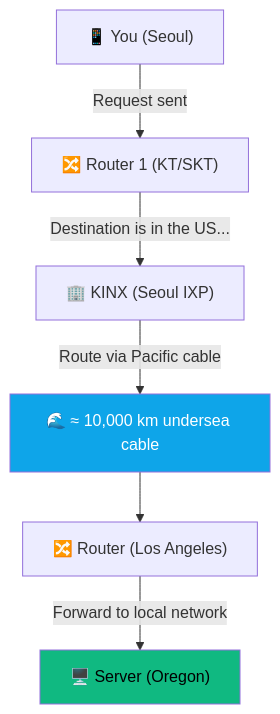
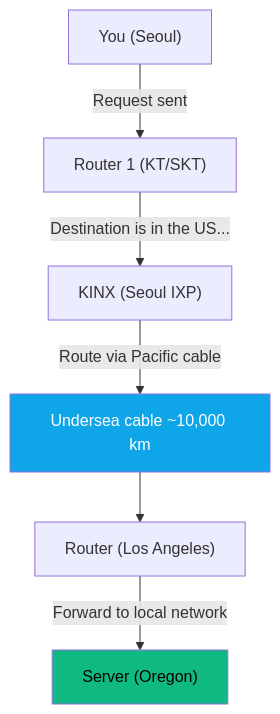
Before and after one commit to CodeSeoul/how-the-internet-works-presentation: the eighth of 10 diagrams in slides.md, drawn with Mermaid. The commit also changed other lines of this file, not shown here.

````diff
--- a/slides.md
+++ b/slides.md
@@ -472,18 +753,18 @@
 ```mermaid {theme: 'dark', scale: 0.75}
 flowchart TD
-    You["📱 You (Seoul)"]
-    R1["🔀 Router 1 (KT/SKT)"]
-    KINX["🏢 KINX (Seoul IXP)"]
-    Cable["🌊 ≈ 10,000 km undersea cable"]
-    LA["🔀 Router (Los Angeles)"]
-    Server["🖥️ Server (Oregon)"]
+    You["You (Seoul)"]
+    R1["Router 1 (KT/SKT)"]
+    KINX["KINX (Seoul IXP)"]
+    Cable["Undersea cable ~10,000 km"]
+    LA["Router (Los Angeles)"]
+    Server["Server (Oregon)"]
 
     You -->|"Request sent"| R1
     R1 -->|"Destination is in the US..."| KINX
     KINX -->|"Route via Pacific cable"| Cable
     Cable --> LA
     LA -->|"Forward to local network"| Server
 
     style Cable fill:#0ea5e9,color:#fff
     style Server fill:#10b981,color:#000
 ```
````
